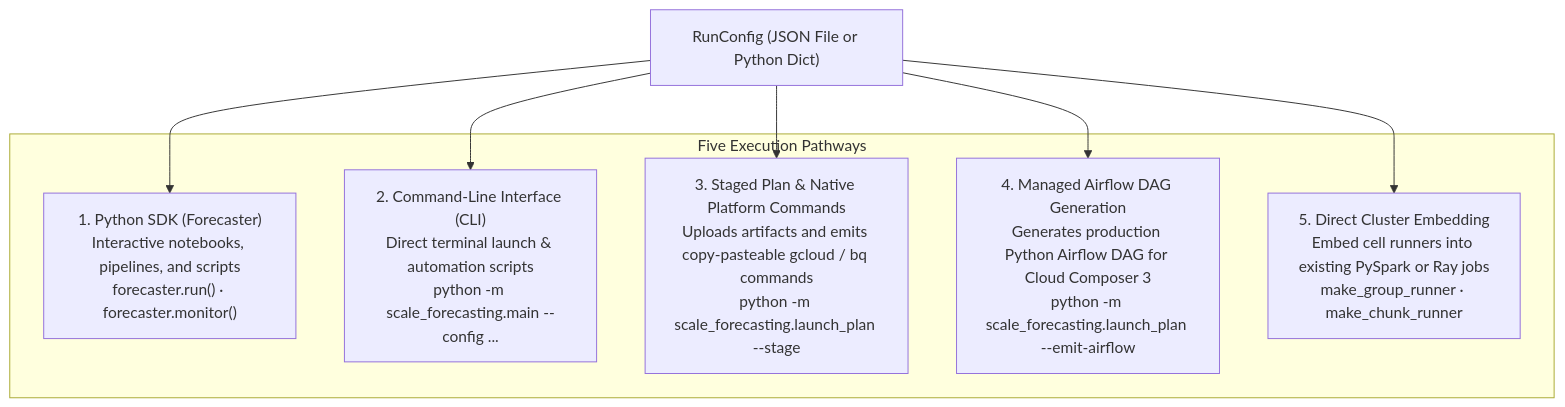
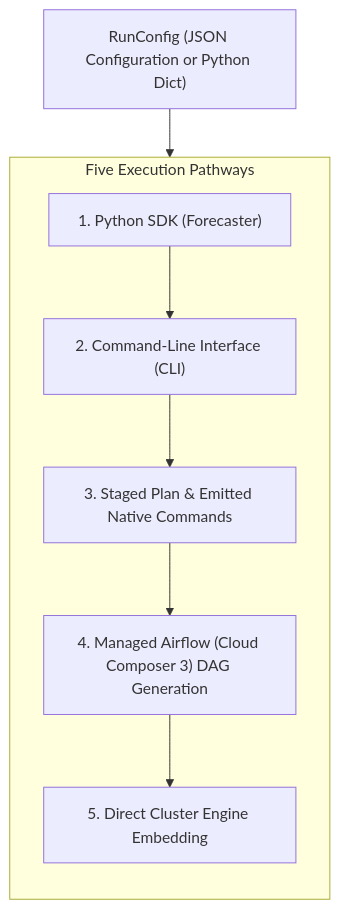
Before and after one commit to statmike/scale-forecasting: the first of 6 diagrams in README.md, drawn with Mermaid. The commit also changed other lines of this file, not shown here.

Commit message:
docs: reshape Ways to Run and Telemetry Mermaid diagrams to vertical layout and expand cluster sizing estimation details

````diff
--- a/README.md
+++ b/README.md
@@ -172,14 +172,16 @@
 ```mermaid
 flowchart TD
-    cfg["RunConfig (JSON File or Python Dict)"]
+    cfg["RunConfig (JSON Configuration or Python Dict)"]
 
     subgraph Entrypoints["Five Execution Pathways"]
-        E1["1. Python SDK (Forecaster)<br/>Interactive notebooks, pipelines, and scripts<br/>forecaster.run() · forecaster.monitor()"]
-        E2["2. Command-Line Interface (CLI)<br/>Direct terminal launch & automation scripts<br/>python -m scale_forecasting.main --config ..."]
-        E3["3. Staged Plan & Native Platform Commands<br/>Uploads artifacts and emits copy-pasteable gcloud / bq commands<br/>python -m scale_forecasting.launch_plan --stage"]
-        E4["4. Managed Airflow DAG Generation<br/>Generates production Python Airflow DAG for Cloud Composer 3<br/>python -m scale_forecasting.launch_plan --emit-airflow"]
-        E5["5. Direct Cluster Embedding<br/>Embed cell runners into existing PySpark or Ray jobs<br/>make_group_runner · make_chunk_runner"]
+        direction TB
+        E1["1. Python SDK (Forecaster)"]
+        E2["2. Command-Line Interface (CLI)"]
+        E3["3. Staged Plan & Emitted Native Commands"]
+        E4["4. Managed Airflow (Cloud Composer 3) DAG Generation"]
+        E5["5. Direct Cluster Engine Embedding"]
+        E1 --> E2 --> E3 --> E4 --> E5
     end
 
-    cfg --> E1 & E2 & E3 & E4 & E5
+    cfg --> Entrypoints
 ```
````
